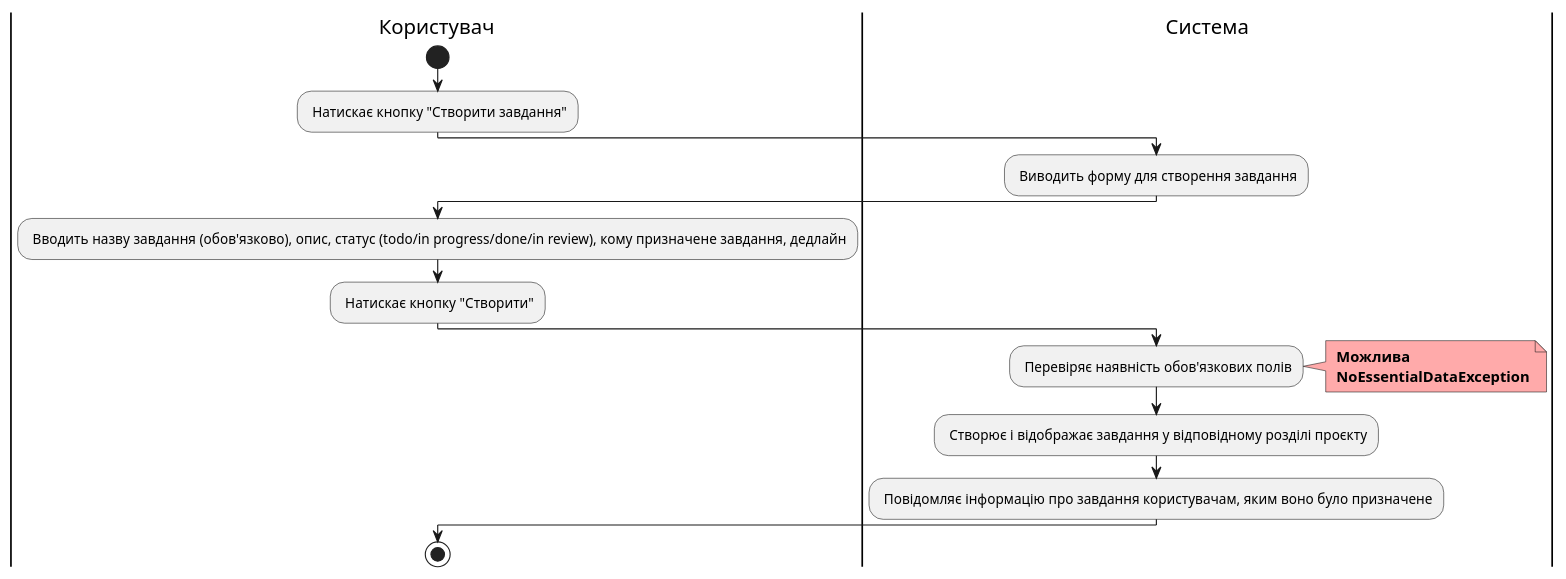
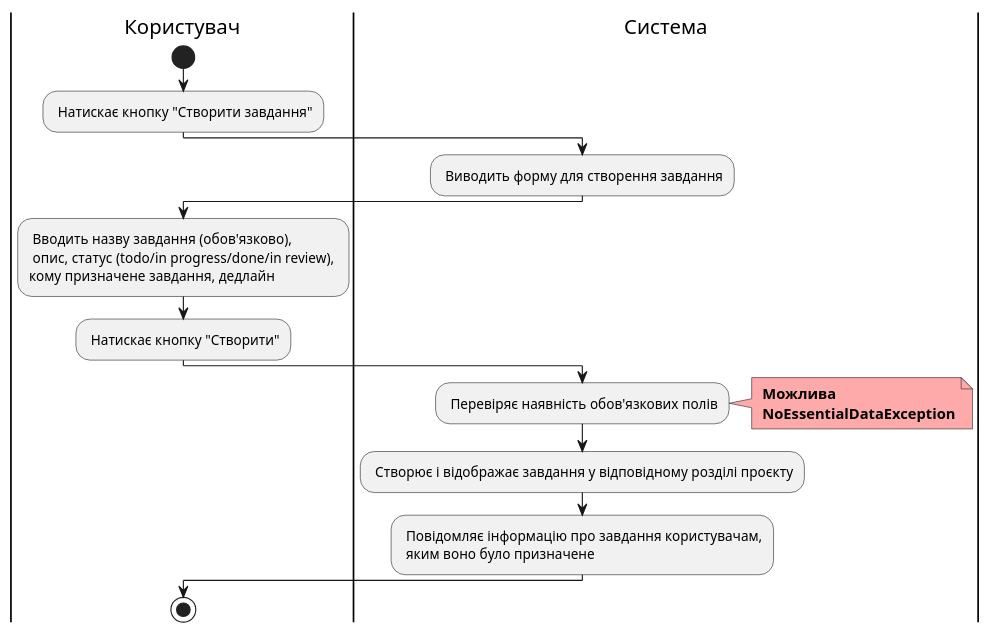
The tenth of 23 diagrams in docs/use cases/README.md (witchkaa/databases-course-work), drawn with PlantUML before and after one commit. The commit also changed other lines of this file and 1 other file, not shown here.

```diff
--- a/docs/use cases/README.md
+++ b/docs/use cases/README.md
@@ -403,26 +403,26 @@
 @startuml
 
     |Користувач|
     start;
     : Натискає кнопку "Створити завдання";
 
     |Система|
         : Виводить форму для створення завдання;
 
     |Користувач|
-    : Вводить назву завдання (обов'язково), опис, статус (todo/in progress/done/in review), кому призначене завдання, дедлайн;
+    : Вводить назву завдання (обов'язково),\n опис, статус (todo/in progress/done/in review), \nкому призначене завдання, дедлайн;
     : Натискає кнопку "Створити";
     
     
     |Система|
     : Перевіряє наявність обов'язкових полів;
     note right #ffaaaa
     <b> Можлива
     <b> NoEssentialDataException
     end note
     : Створює і відображає завдання у відповідному розділі проєкту;
-    : Повідомляє інформацію про завдання користувачам, яким воно було призначене;
+    : Повідомляє інформацію про завдання користувачам,\n яким воно було призначене;
 
      |Користувач|
         stop;
 @enduml
```
